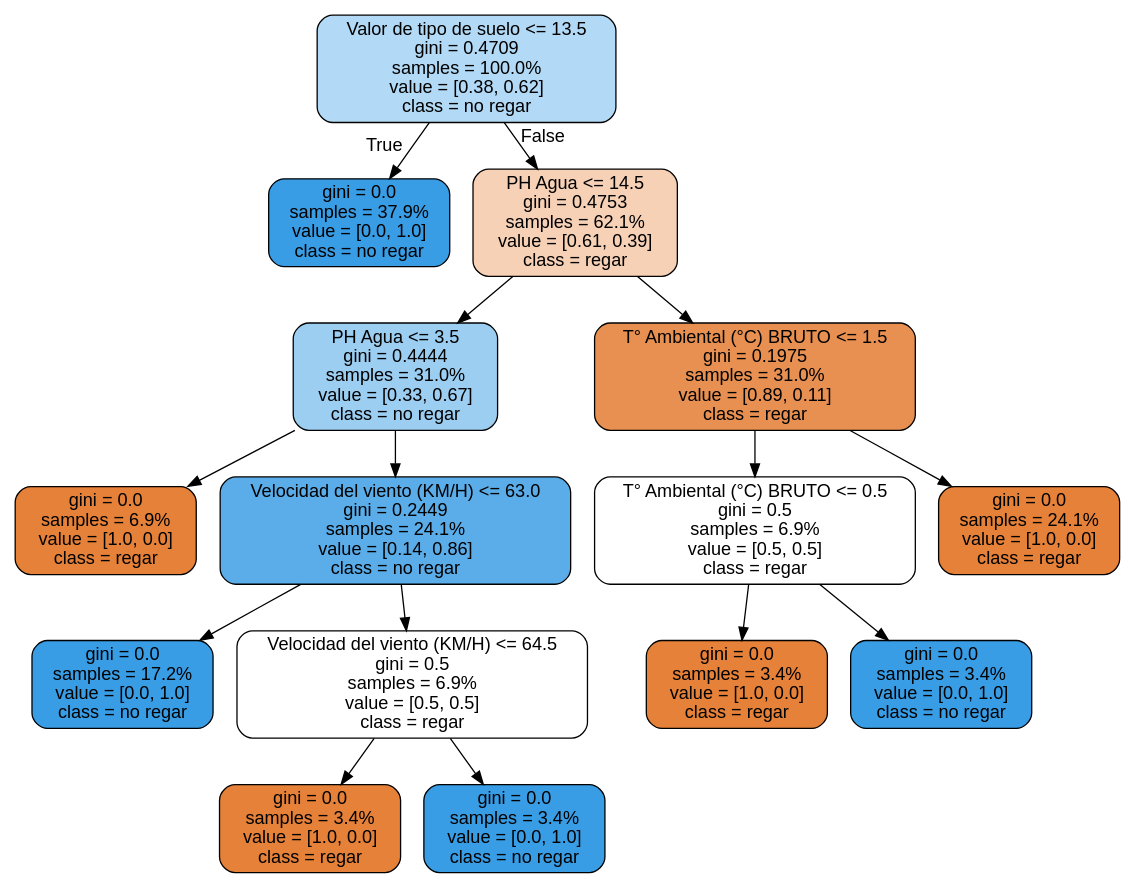
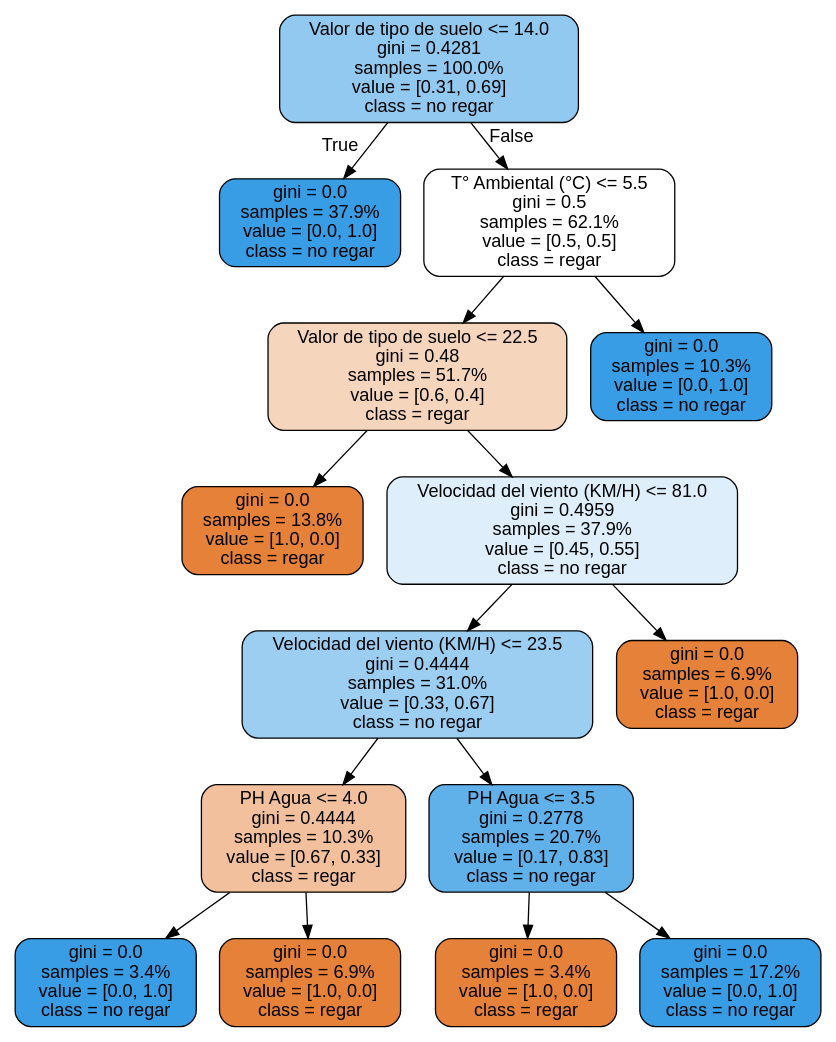
The diagram in treeMacarena.dot (fmedel/Tarea-IA-arbol), drawn with Graphviz before and after one commit. The commit also changed 2 other files, not shown here.

```diff
--- a/treeMacarena.dot
+++ b/treeMacarena.dot
@@ -1,33 +1,33 @@
 digraph Tree {
 node [shape=box, style="filled, rounded", color="black", fontname=helvetica] ;
 edge [fontname=helvetica] ;
-0 [label="Valor de tipo de suelo <= 13.5\ngini = 0.4709\nsamples = 100.0%\nvalue = [0.38, 0.62]\nclass = no regar", fillcolor="#399de563"] ;
+0 [label="Valor de tipo de suelo <= 14.0\ngini = 0.4281\nsamples = 100.0%\nvalue = [0.31, 0.69]\nclass = no regar", fillcolor="#399de58c"] ;
 1 [label="gini = 0.0\nsamples = 37.9%\nvalue = [0.0, 1.0]\nclass = no regar", fillcolor="#399de5ff"] ;
 0 -> 1 [labeldistance=2.5, labelangle=45, headlabel="True"] ;
-2 [label="PH Agua <= 14.5\ngini = 0.4753\nsamples = 62.1%\nvalue = [0.61, 0.39]\nclass = regar", fillcolor="#e581395d"] ;
+2 [label="T° Ambiental (°C) <= 5.5\ngini = 0.5\nsamples = 62.1%\nvalue = [0.5, 0.5]\nclass = regar", fillcolor="#e5813900"] ;
 0 -> 2 [labeldistance=2.5, labelangle=-45, headlabel="False"] ;
-3 [label="PH Agua <= 3.5\ngini = 0.4444\nsamples = 31.0%\nvalue = [0.33, 0.67]\nclass = no regar", fillcolor="#399de57f"] ;
+3 [label="Valor de tipo de suelo <= 22.5\ngini = 0.48\nsamples = 51.7%\nvalue = [0.6, 0.4]\nclass = regar", fillcolor="#e5813955"] ;
 2 -> 3 ;
-4 [label="gini = 0.0\nsamples = 6.9%\nvalue = [1.0, 0.0]\nclass = regar", fillcolor="#e58139ff"] ;
+4 [label="gini = 0.0\nsamples = 13.8%\nvalue = [1.0, 0.0]\nclass = regar", fillcolor="#e58139ff"] ;
 3 -> 4 ;
-5 [label="Velocidad del viento (KM/H) <= 63.0\ngini = 0.2449\nsamples = 24.1%\nvalue = [0.14, 0.86]\nclass = no regar", fillcolor="#399de5d4"] ;
+5 [label="Velocidad del viento (KM/H) <= 81.0\ngini = 0.4959\nsamples = 37.9%\nvalue = [0.45, 0.55]\nclass = no regar", fillcolor="#399de52a"] ;
 3 -> 5 ;
-6 [label="gini = 0.0\nsamples = 17.2%\nvalue = [0.0, 1.0]\nclass = no regar", fillcolor="#399de5ff"] ;
+6 [label="Velocidad del viento (KM/H) <= 23.5\ngini = 0.4444\nsamples = 31.0%\nvalue = [0.33, 0.67]\nclass = no regar", fillcolor="#399de57f"] ;
 5 -> 6 ;
-7 [label="Velocidad del viento (KM/H) <= 64.5\ngini = 0.5\nsamples = 6.9%\nvalue = [0.5, 0.5]\nclass = regar", fillcolor="#e5813900"] ;
-5 -> 7 ;
-8 [label="gini = 0.0\nsamples = 3.4%\nvalue = [1.0, 0.0]\nclass = regar", fillcolor="#e58139ff"] ;
+7 [label="PH Agua <= 4.0\ngini = 0.4444\nsamples = 10.3%\nvalue = [0.67, 0.33]\nclass = regar", fillcolor="#e581397f"] ;
+6 -> 7 ;
+8 [label="gini = 0.0\nsamples = 3.4%\nvalue = [0.0, 1.0]\nclass = no regar", fillcolor="#399de5ff"] ;
 7 -> 8 ;
-9 [label="gini = 0.0\nsamples = 3.4%\nvalue = [0.0, 1.0]\nclass = no regar", fillcolor="#399de5ff"] ;
+9 [label="gini = 0.0\nsamples = 6.9%\nvalue = [1.0, 0.0]\nclass = regar", fillcolor="#e58139ff"] ;
 7 -> 9 ;
-10 [label="T° Ambiental (°C) BRUTO <= 1.5\ngini = 0.1975\nsamples = 31.0%\nvalue = [0.89, 0.11]\nclass = regar", fillcolor="#e58139df"] ;
-2 -> 10 ;
-11 [label="T° Ambiental (°C) BRUTO <= 0.5\ngini = 0.5\nsamples = 6.9%\nvalue = [0.5, 0.5]\nclass = regar", fillcolor="#e5813900"] ;
+10 [label="PH Agua <= 3.5\ngini = 0.2778\nsamples = 20.7%\nvalue = [0.17, 0.83]\nclass = no regar", fillcolor="#399de5cc"] ;
+6 -> 10 ;
+11 [label="gini = 0.0\nsamples = 3.4%\nvalue = [1.0, 0.0]\nclass = regar", fillcolor="#e58139ff"] ;
 10 -> 11 ;
-12 [label="gini = 0.0\nsamples = 3.4%\nvalue = [1.0, 0.0]\nclass = regar", fillcolor="#e58139ff"] ;
-11 -> 12 ;
-13 [label="gini = 0.0\nsamples = 3.4%\nvalue = [0.0, 1.0]\nclass = no regar", fillcolor="#399de5ff"] ;
-11 -> 13 ;
-14 [label="gini = 0.0\nsamples = 24.1%\nvalue = [1.0, 0.0]\nclass = regar", fillcolor="#e58139ff"] ;
-10 -> 14 ;
+12 [label="gini = 0.0\nsamples = 17.2%\nvalue = [0.0, 1.0]\nclass = no regar", fillcolor="#399de5ff"] ;
+10 -> 12 ;
+13 [label="gini = 0.0\nsamples = 6.9%\nvalue = [1.0, 0.0]\nclass = regar", fillcolor="#e58139ff"] ;
+5 -> 13 ;
+14 [label="gini = 0.0\nsamples = 10.3%\nvalue = [0.0, 1.0]\nclass = no regar", fillcolor="#399de5ff"] ;
+2 -> 14 ;
 }
```
